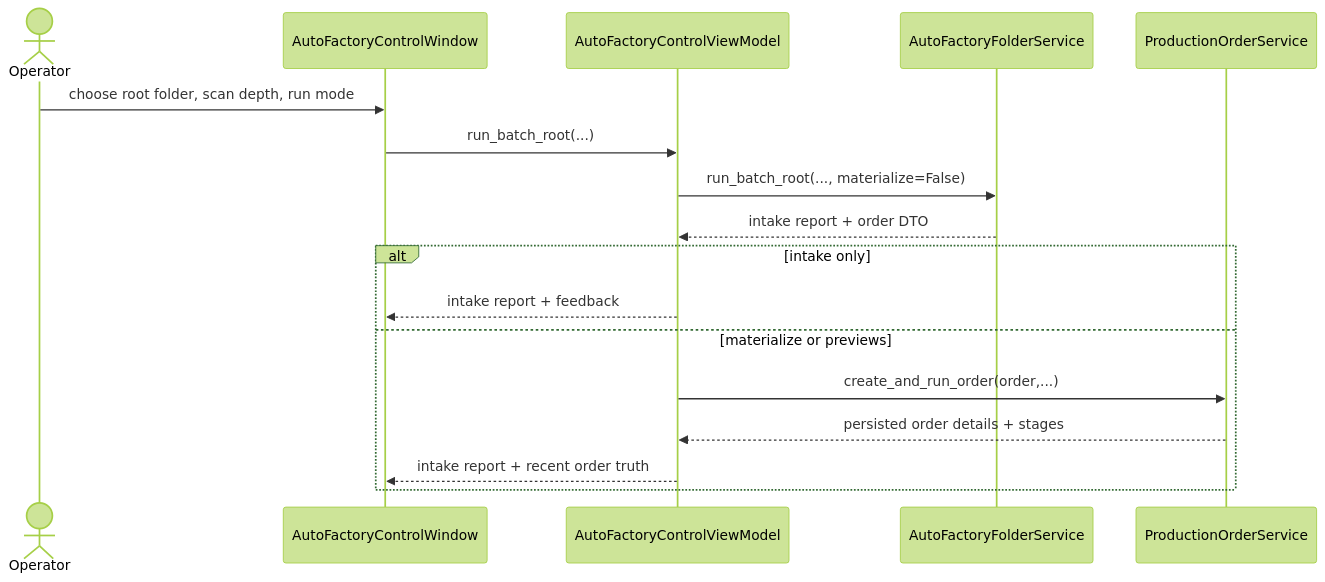
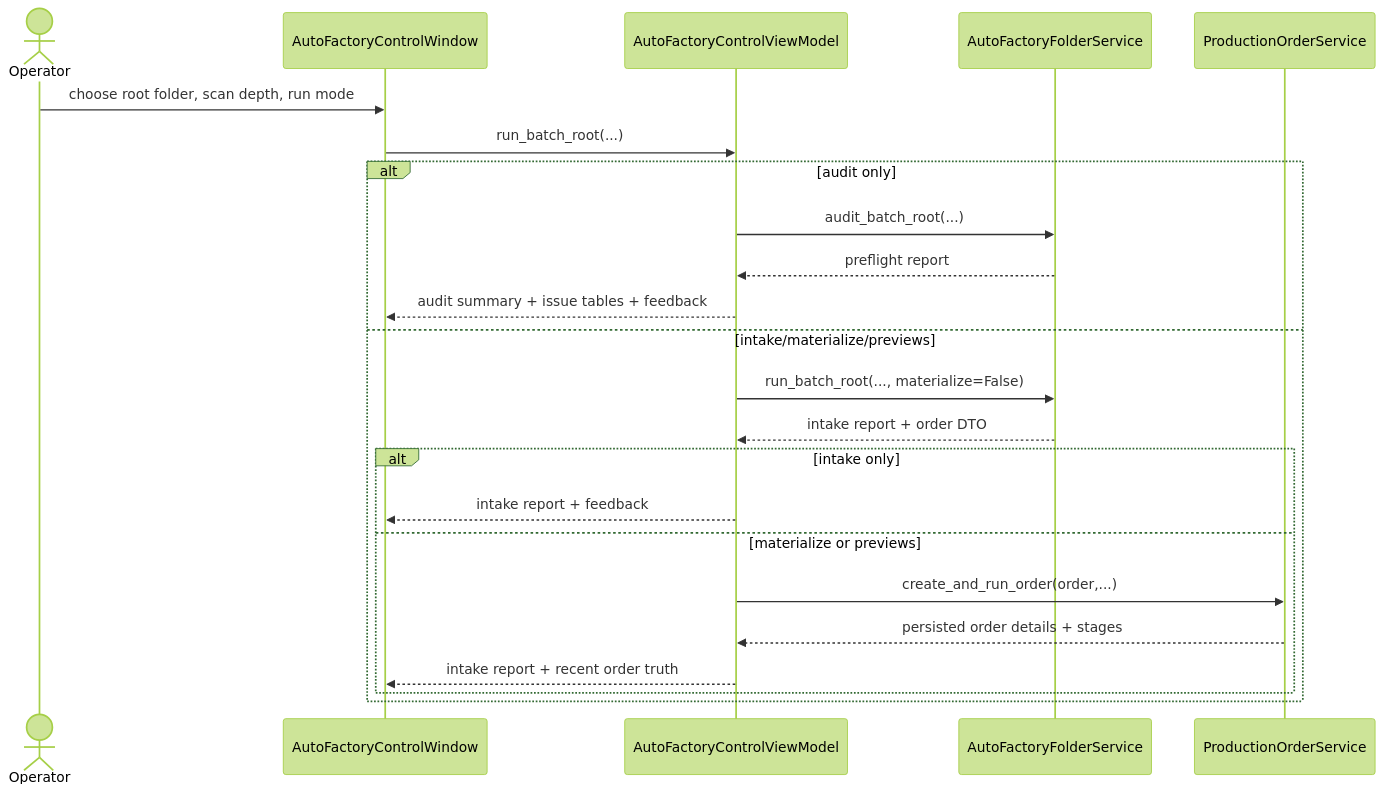
One commit to idev006/MTClipFactory changed the seventh of 30 diagrams in doc/10_UML_System_Overview.md. Above: the diagram before and after it, drawn with Mermaid (forest theme). The commit also changed 8 other files, not shown here.

Commit message:
Add audit-only auto factory UI mode

````diff
--- a/doc/10_UML_System_Overview.md
+++ b/doc/10_UML_System_Overview.md
@@ -658,20 +658,26 @@
 ```mermaid
 sequenceDiagram
     actor Operator
     participant View as AutoFactoryControlWindow
     participant VM as AutoFactoryControlViewModel
     participant FolderSvc as AutoFactoryFolderService
     participant OrderSvc as ProductionOrderService
 
     Operator->>View: choose root folder, scan depth, run mode
     View->>VM: run_batch_root(...)
-    VM->>FolderSvc: run_batch_root(..., materialize=False)
-    FolderSvc-->>VM: intake report + order DTO
-    alt intake only
-        VM-->>View: intake report + feedback
-    else materialize or previews
-        VM->>OrderSvc: create_and_run_order(order,...)
-        OrderSvc-->>VM: persisted order details + stages
-        VM-->>View: intake report + recent order truth
+    alt audit only
+        VM->>FolderSvc: audit_batch_root(...)
+        FolderSvc-->>VM: preflight report
+        VM-->>View: audit summary + issue tables + feedback
+    else intake/materialize/previews
+        VM->>FolderSvc: run_batch_root(..., materialize=False)
+        FolderSvc-->>VM: intake report + order DTO
+        alt intake only
+            VM-->>View: intake report + feedback
+        else materialize or previews
+            VM->>OrderSvc: create_and_run_order(order,...)
+            OrderSvc-->>VM: persisted order details + stages
+            VM-->>View: intake report + recent order truth
+        end
     end
 ```
````
